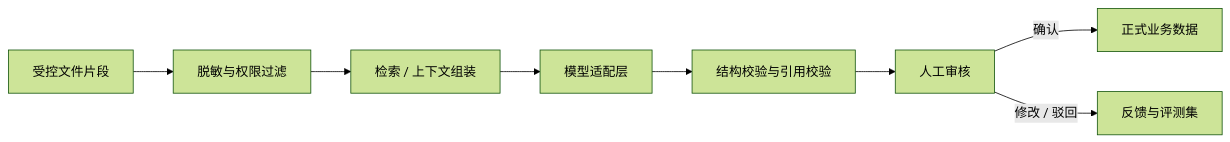
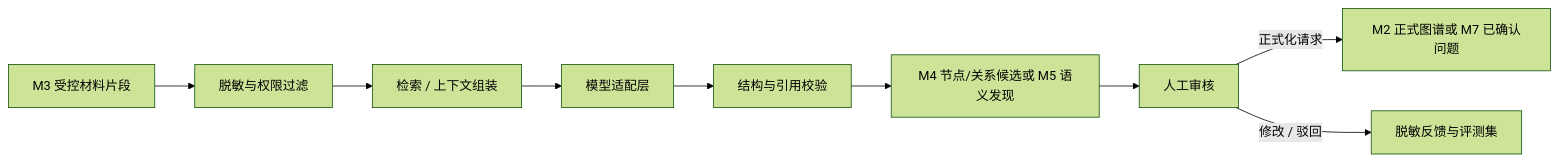
Before and after one commit to Hoshino-wind/engineering-accreditation-agent: the diagram in docs/architecture/data-and-ai-architecture.md, drawn with Mermaid (forest theme). The commit also changed other lines of this file and 63 other files, not shown here.

Commit message:
refactor: align architecture and ability graph plan

````diff
--- a/docs/architecture/data-and-ai-architecture.md
+++ b/docs/architecture/data-and-ai-architecture.md
@@ -128,10 +230,11 @@
 ```mermaid
 flowchart LR
-    F["受控文件片段"] --> D["脱敏与权限过滤"]
+    F["M3 受控材料片段"] --> D["脱敏与权限过滤"]
     D --> R["检索 / 上下文组装"]
     R --> G["模型适配层"]
-    G --> V["结构校验与引用校验"]
-    V --> H["人工审核"]
-    H -->|确认| B["正式业务数据"]
-    H -->|修改 / 驳回| K["反馈与评测集"]
+    G --> V["结构与引用校验"]
+    V --> C["M4 节点/关系候选或 M5 语义发现"]
+    C --> H["人工审核"]
+    H -->|正式化请求| B["M2 正式图谱或 M7 已确认问题"]
+    H -->|修改 / 驳回| K["脱敏反馈与评测集"]
 ```
````
